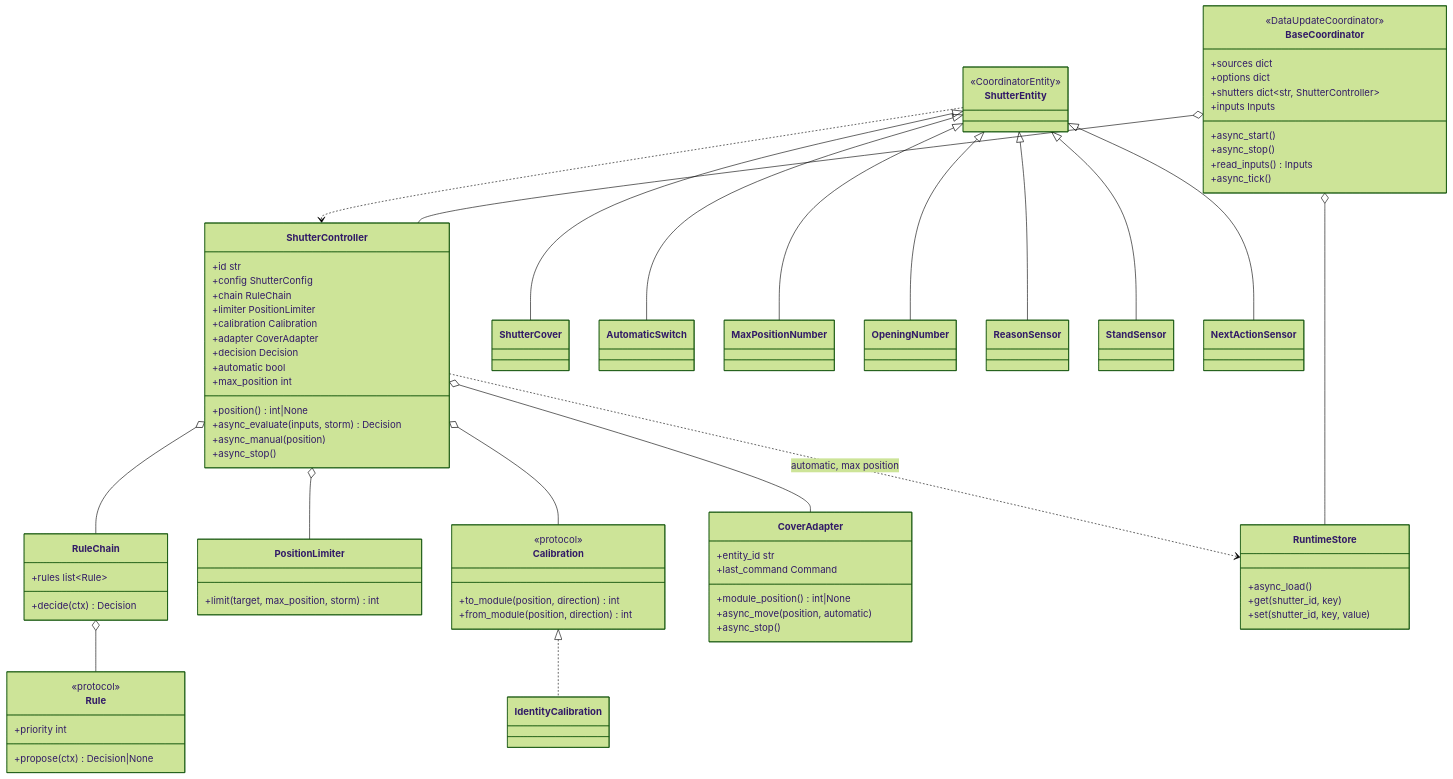
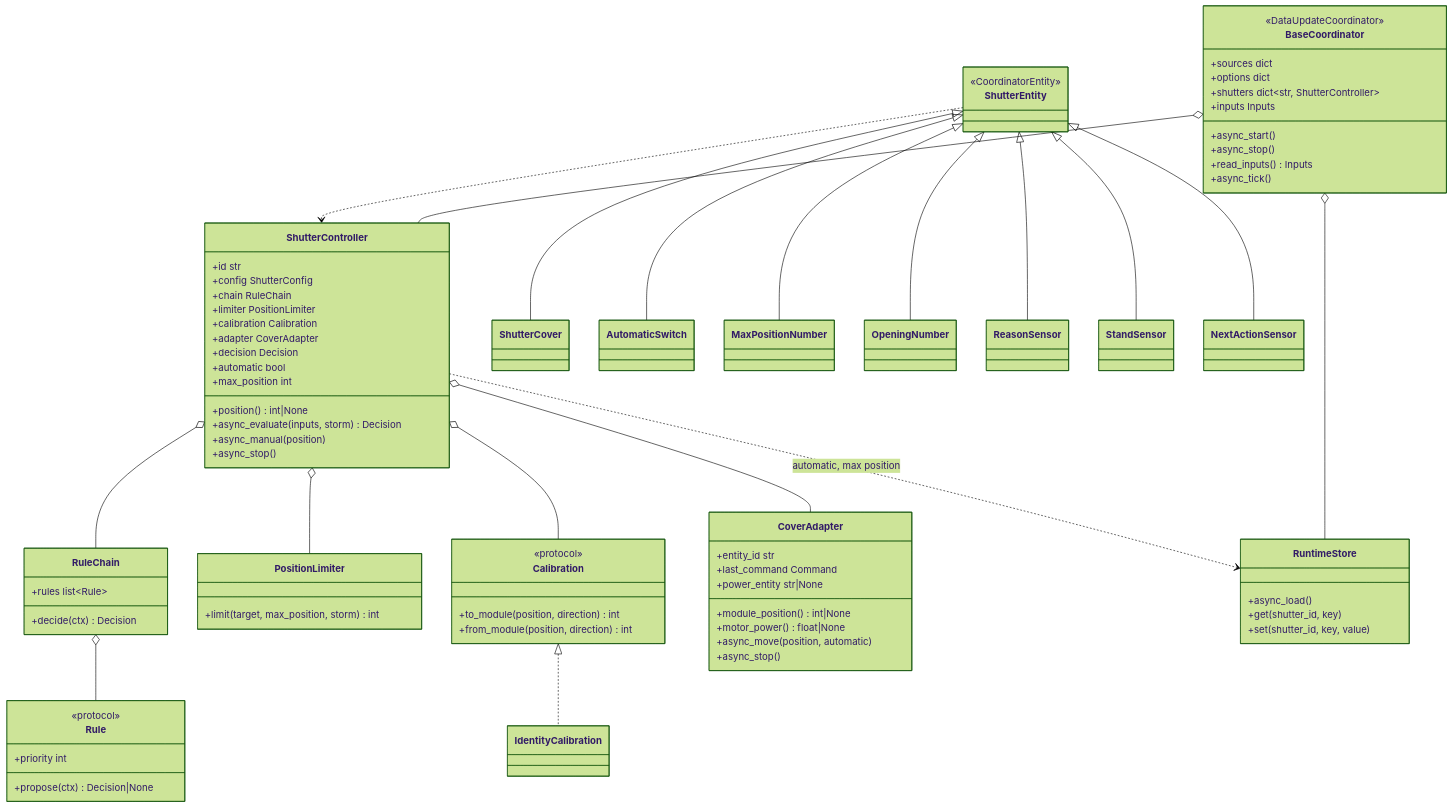
Before and after one commit to abroeders/smart-shutter-control: the fourth of 13 diagrams in docs/architecture.md, drawn with Mermaid (forest theme). The commit also changed other lines of this file and 2 other files, not shown here.

Commit message:
docs: moving during calibration with motor power and late reports (#16)

````diff
--- a/docs/architecture.md
+++ b/docs/architecture.md
@@ -75,80 +75,82 @@
 ```mermaid
 classDiagram
     direction TB
     class BaseCoordinator {
         <<DataUpdateCoordinator>>
         +sources dict
         +options dict
         +shutters dict~str, ShutterController~
         +inputs Inputs
         +async_start()
         +async_stop()
         +read_inputs() Inputs
         +async_tick()
     }
     class ShutterController {
         +id str
         +config ShutterConfig
         +chain RuleChain
         +limiter PositionLimiter
         +calibration Calibration
         +adapter CoverAdapter
         +decision Decision
         +automatic bool
         +max_position int
         +position() int|None
         +async_evaluate(inputs, storm) Decision
         +async_manual(position)
         +async_stop()
     }
     class RuleChain {
         +rules list~Rule~
         +decide(ctx) Decision
     }
     class Rule {
         <<protocol>>
         +priority int
         +propose(ctx) Decision|None
     }
     class PositionLimiter {
         +limit(target, max_position, storm) int
     }
     class Calibration {
         <<protocol>>
         +to_module(position, direction) int
         +from_module(position, direction) int
     }
     class IdentityCalibration
     class CoverAdapter {
         +entity_id str
         +last_command Command
         +module_position() int|None
+        +power_entity str|None
+        +motor_power() float|None
         +async_move(position, automatic)
         +async_stop()
     }
     class RuntimeStore {
         +async_load()
         +get(shutter_id, key)
         +set(shutter_id, key, value)
     }
     class ShutterEntity {
         <<CoordinatorEntity>>
     }
     ShutterEntity <|-- ShutterCover
     ShutterEntity <|-- AutomaticSwitch
     ShutterEntity <|-- MaxPositionNumber
     ShutterEntity <|-- OpeningNumber
     ShutterEntity <|-- ReasonSensor
     ShutterEntity <|-- StandSensor
     ShutterEntity <|-- NextActionSensor
     BaseCoordinator o-- ShutterController
     BaseCoordinator o-- RuntimeStore
     ShutterController o-- RuleChain
     RuleChain o-- Rule
     ShutterController o-- PositionLimiter
     ShutterController o-- Calibration
     Calibration <|.. IdentityCalibration
     ShutterController o-- CoverAdapter
     ShutterController ..> RuntimeStore : automatic, max position
     ShutterEntity ..> ShutterController
 ```
````
